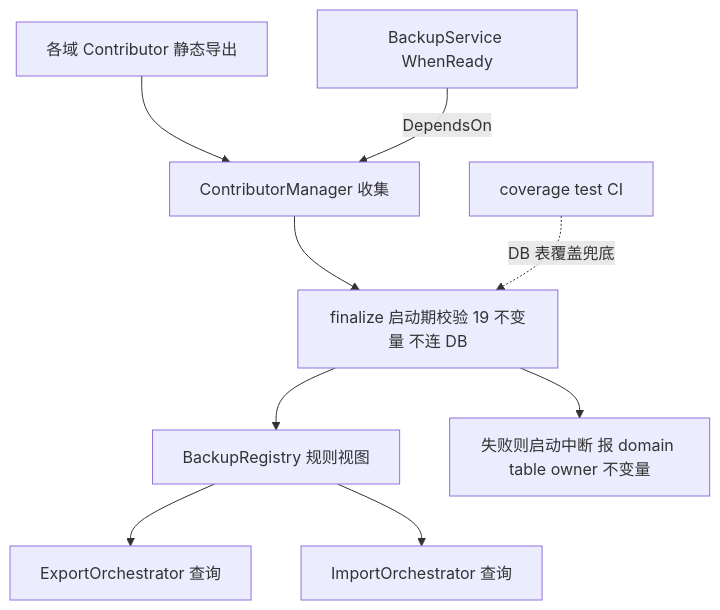
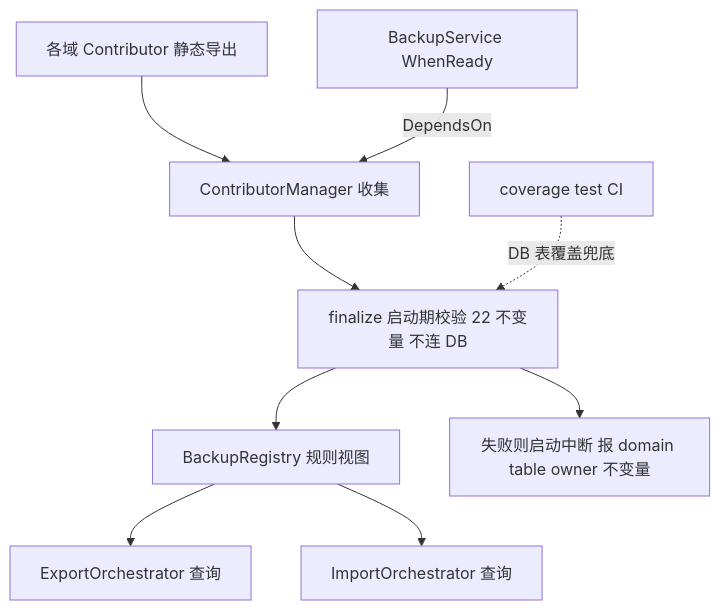
Before and after one commit to CherryHQ/cherry-studio: the fifth of 5 diagrams in docs/references/backup/backup-architecture.md, drawn with Mermaid. The commit also changed other lines of this file, not shown here.

Commit message:
docs(backup): sync architecture doc with v2 review revisions

````diff
--- a/docs/references/backup/backup-architecture.md
+++ b/docs/references/backup/backup-architecture.md
@@ -194,11 +194,11 @@
 ```mermaid
 flowchart TB
   C[各域 Contributor 静态导出] --> CM[ContributorManager 收集]
-  CM --> FN[finalize 启动期校验 19 不变量 不连 DB]
+  CM --> FN[finalize 启动期校验 22 不变量 不连 DB]
   FN --> BR[BackupRegistry 规则视图]
   FN --> X[失败则启动中断 报 domain table owner 不变量]
   BR --> EX[ExportOrchestrator 查询]
   BR --> IM[ImportOrchestrator 查询]
   BS[BackupService WhenReady] -->|DependsOn| CM
   CT[coverage test CI] -.DB 表覆盖兜底.-> FN
 ```
````
